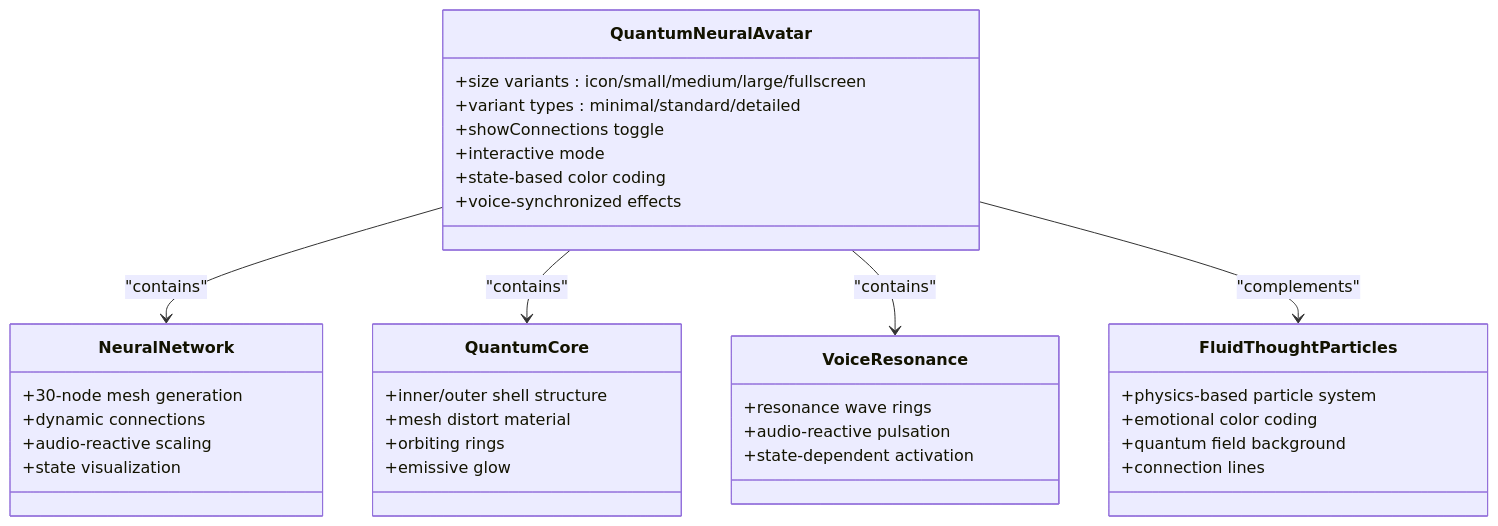
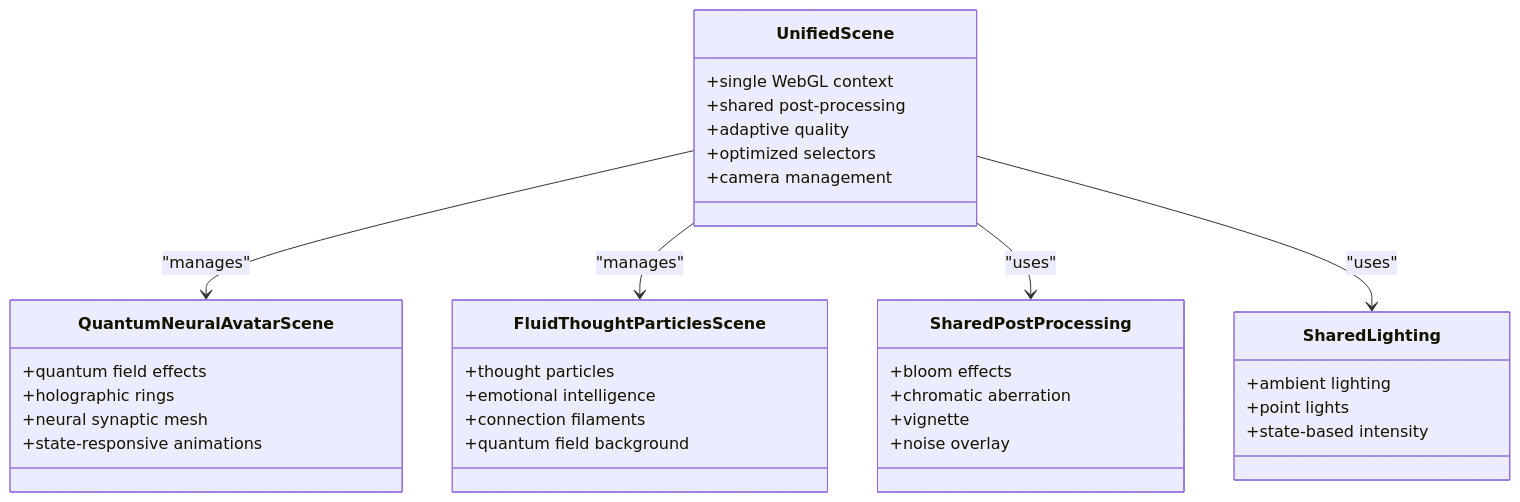
Before and after one commit to Moeabdelaziz007/Aether-Voice-OS: the third of 9 diagrams in .qoder/repowiki/en/content/Frontend Application/Visual Interface Components/Visual Interface Components.md, drawn with Mermaid. The commit also changed other lines of this file and 29 other files, not shown here.

````diff
--- a/.qoder/repowiki/en/content/Frontend Application/Visual Interface Components/Visual Interface Components.md
+++ b/.qoder/repowiki/en/content/Frontend Application/Visual Interface Components/Visual Interface Components.md
@@ -216,38 +189,37 @@
 ```mermaid
 classDiagram
-class QuantumNeuralAvatar {
-+size variants : icon/small/medium/large/fullscreen
-+variant types : minimal/standard/detailed
-+showConnections toggle
-+interactive mode
-+state-based color coding
-+voice-synchronized effects
+class UnifiedScene {
++single WebGL context
++shared post-processing
++adaptive quality
++optimized selectors
++camera management
 }
-class NeuralNetwork {
-+30-node mesh generation
-+dynamic connections
-+audio-reactive scaling
-+state visualization
+class QuantumNeuralAvatarScene {
++quantum field effects
++holographic rings
++neural synaptic mesh
++state-responsive animations
 }
-class QuantumCore {
-+inner/outer shell structure
-+mesh distort material
-+orbiting rings
-+emissive glow
+class FluidThoughtParticlesScene {
++thought particles
++emotional intelligence
++connection filaments
++quantum field background
 }
-class VoiceResonance {
-+resonance wave rings
-+audio-reactive pulsation
-+state-dependent activation
+class SharedPostProcessing {
++bloom effects
++chromatic aberration
++vignette
++noise overlay
 }
-class FluidThoughtParticles {
-+physics-based particle system
-+emotional color coding
-+quantum field background
-+connection lines
+class SharedLighting {
++ambient lighting
++point lights
++state-based intensity
 }
-QuantumNeuralAvatar --> NeuralNetwork : "contains"
-QuantumNeuralAvatar --> QuantumCore : "contains"
-QuantumNeuralAvatar --> VoiceResonance : "contains"
-QuantumNeuralAvatar --> FluidThoughtParticles : "complements"
+UnifiedScene --> QuantumNeuralAvatarScene : "manages"
+UnifiedScene --> FluidThoughtParticlesScene : "manages"
+UnifiedScene --> SharedPostProcessing : "uses"
+UnifiedScene --> SharedLighting : "uses"
 ```
````
